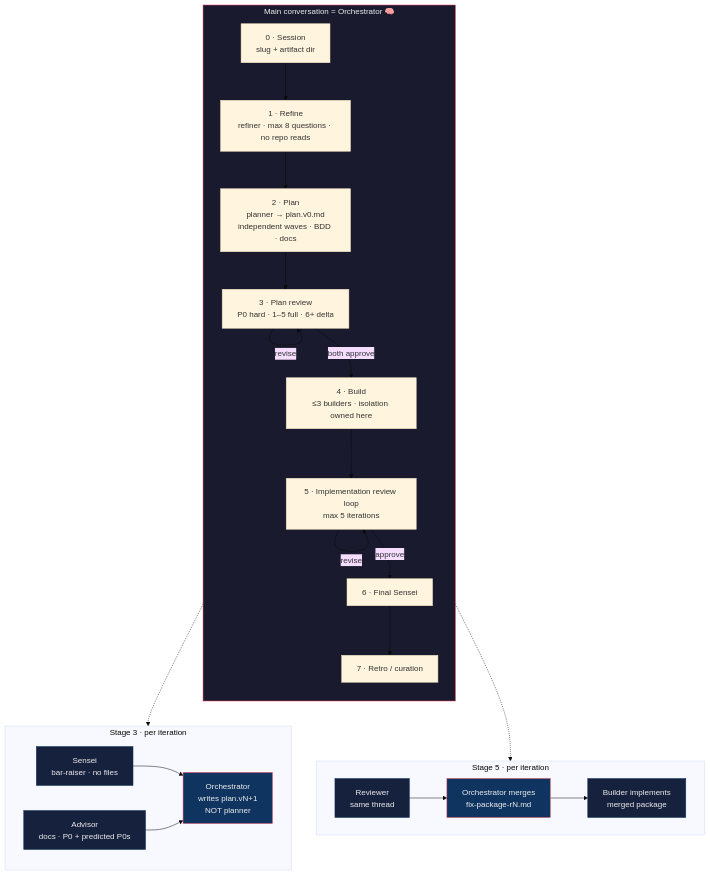
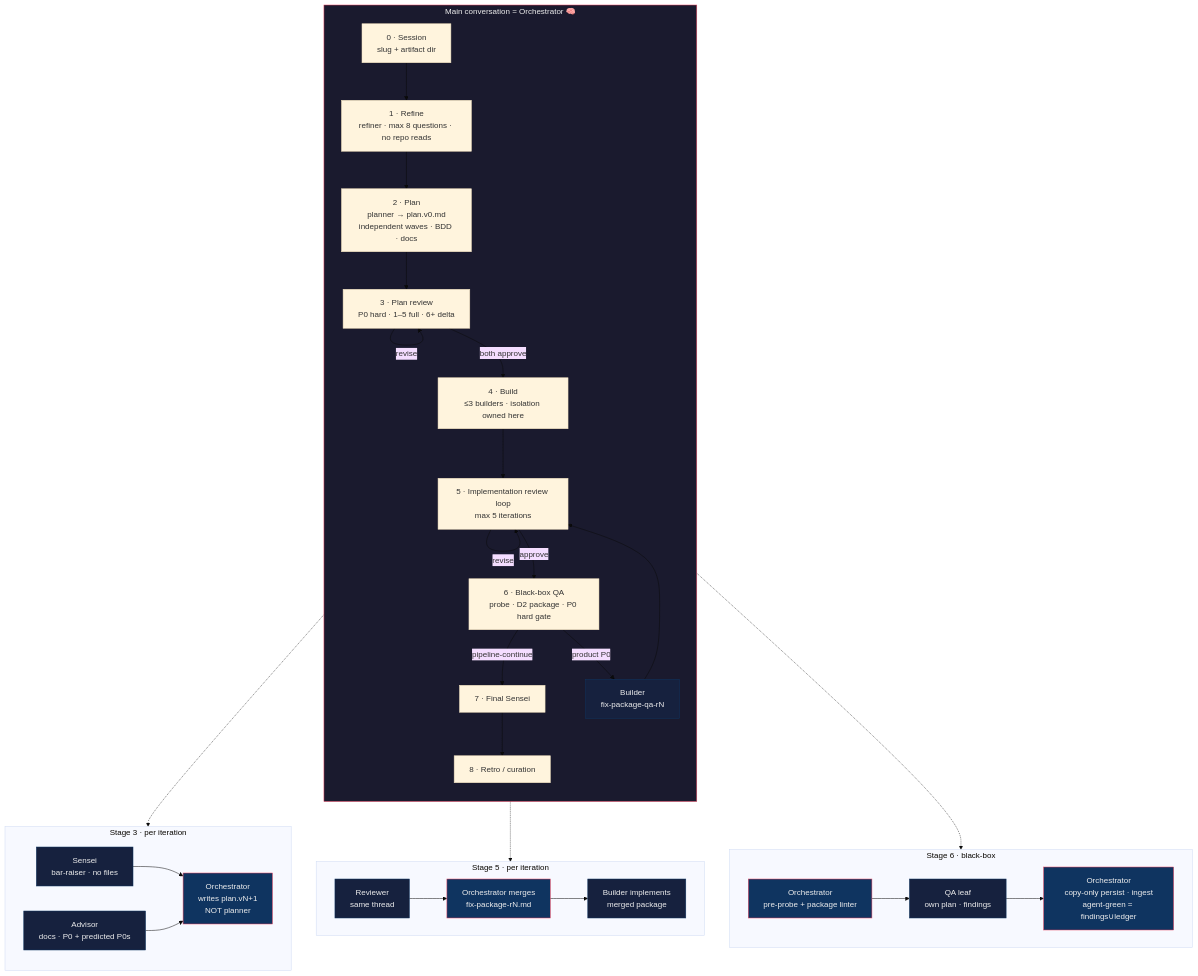
The diagram in README.md (Thejuampi/agents), drawn with Mermaid (base theme) before and after one commit. The commit also changed other lines of this file and 17 other files, not shown here.

First line of the commit message:
Add black-box QA as E2E Stage 6 hard gate.

````diff
--- a/README.md
+++ b/README.md
@@ -46,49 +46,62 @@
 ```mermaid
 flowchart TB
   subgraph MAIN["Main conversation = Orchestrator 🧠"]
     direction TB
     S0["0 · Session<br/>slug + artifact dir"]
     S1["1 · Refine<br/>refiner · max 8 questions · no repo reads"]
     S2["2 · Plan<br/>planner → plan.v0.md<br/>independent waves · BDD · docs"]
     S3["3 · Plan review<br/>P0 hard · 1–5 full · 6+ delta"]
     S4["4 · Build<br/>≤3 builders · isolation owned here"]
     S5["5 · Implementation review loop<br/>max 5 iterations"]
-    S6["6 · Final Sensei"]
-    S7["7 · Retro / curation"]
+    S6["6 · Black-box QA<br/>probe · D2 package · P0 hard gate"]
+    S7["7 · Final Sensei"]
+    S8["8 · Retro / curation"]
 
     S0 --> S1 --> S2 --> S3
     S3 -->|both approve| S4
     S3 -->|revise| S3
     S4 --> S5
     S5 -->|approve| S6
     S5 -->|revise| S5
-    S6 --> S7
+    S6 -->|pipeline-continue| S7
+    S6 -->|product P0| BL_QA
+    BL_QA["Builder<br/>fix-package-qa-rN"] --> S5
+    S7 --> S8
   end
 
   subgraph PLAN_REV["Stage 3 · per iteration"]
     direction LR
     SE["Sensei<br/>bar-raiser · no files"]
     AD["Advisor<br/>docs · P0 + predicted P0s"]
     ORC_P["Orchestrator<br/>writes plan.vN+1<br/>NOT planner"]
     SE --> ORC_P
     AD --> ORC_P
   end
 
   subgraph CODE_REV["Stage 5 · per iteration"]
     direction LR
     RV["Reviewer<br/>same thread"]
     MERGE["Orchestrator merges<br/>fix-package-rN.md"]
     BL["Builder implements<br/>merged package"]
     RV --> MERGE --> BL
   end
 
+  subgraph QA_GATE["Stage 6 · black-box"]
+    direction LR
+    PROBE["Orchestrator<br/>pre-probe + package linter"]
+    QA["QA leaf<br/>own plan · findings"]
+    ORC_Q["Orchestrator<br/>copy-only persist · ingest<br/>agent-green = findings∪ledger"]
+    PROBE --> QA --> ORC_Q
+  end
+
   S3 -.-> PLAN_REV
   S5 -.-> CODE_REV
+  S6 -.-> QA_GATE
 
   classDef brain fill:#1a1a2e,stroke:#e94560,color:#eee
   classDef leaf fill:#16213e,stroke:#0f3460,color:#eee
   classDef gate fill:#0f3460,stroke:#e94560,color:#eee
   class MAIN brain
-  class SE,AD,RV,BL leaf
-  class ORC_P,MERGE gate
+  class SE,AD,RV,BL,BL_QA,QA leaf
+  class ORC_P,MERGE,PROBE,ORC_Q gate
 ```
````
